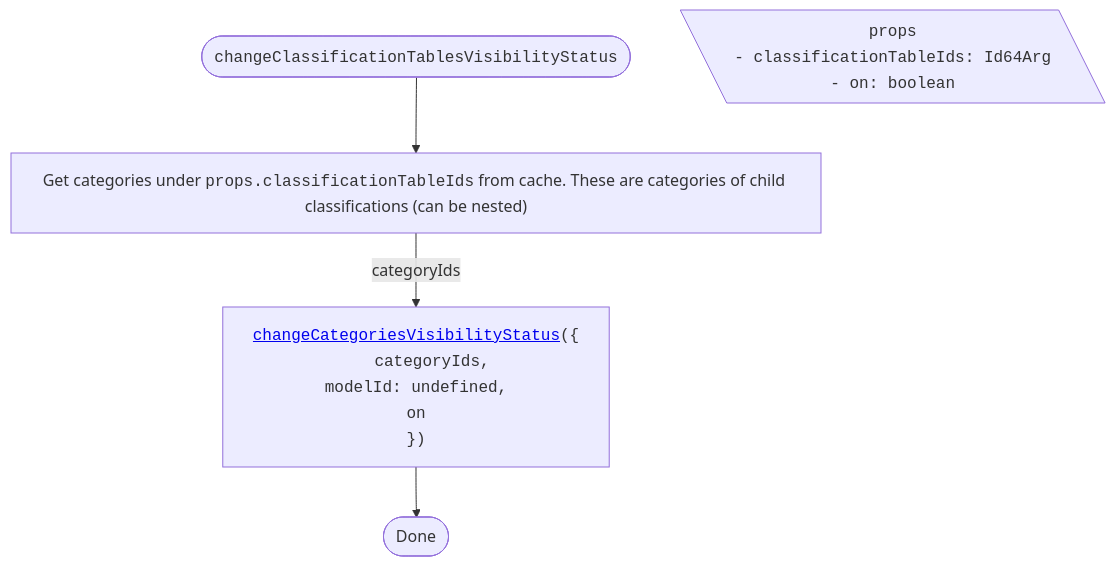
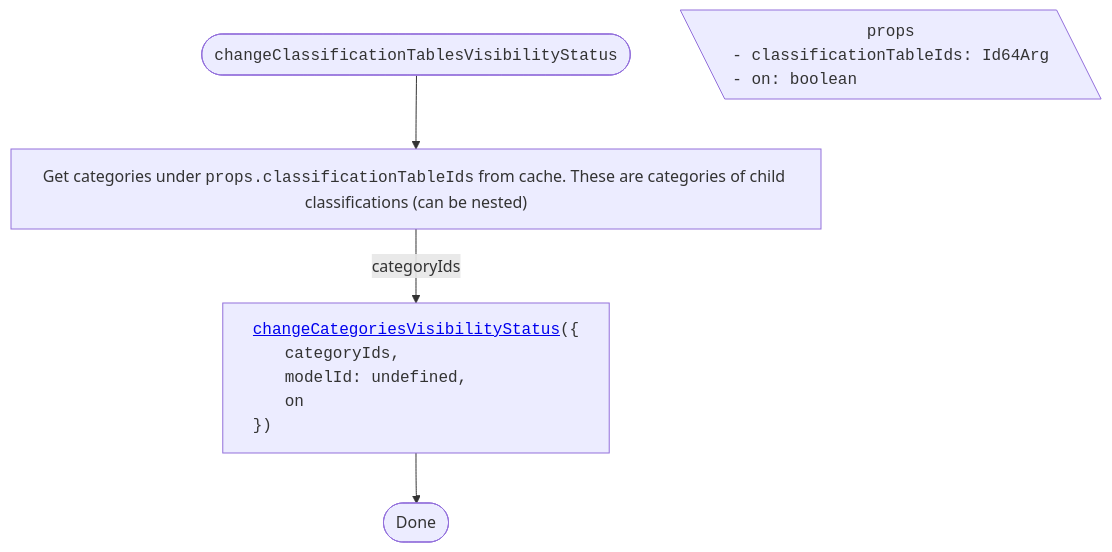
Before and after one commit to iTwin/viewer-components-react: the third of 4 diagrams in packages/itwin/tree-widget/docs/ClassificationsTreeVisibilityHandling.md, drawn with Mermaid. The commit also changed other lines of this file and 3 other files, not shown here.

````diff
--- a/packages/itwin/tree-widget/docs/ClassificationsTreeVisibilityHandling.md
+++ b/packages/itwin/tree-widget/docs/ClassificationsTreeVisibilityHandling.md
@@ -100,26 +100,26 @@
 ```mermaid
 ---
 config:
   flowchart:
     wrappingWidth: 750
     useMaxWidth: false
 ---
 
 flowchart TD
   RESULT_Done([Done])
 
   %% Start
   TITLE(["<code>changeClassificationTablesVisibilityStatus</code>"]) --> A["Get categories under <code>props.classificationTableIds</code> from cache. These are categories of child classifications (can be nested)"]
 
   PROPS[\"
     <code>props</code>
-    <code style='text-align: left;'>- classificationTableIds: Id64Arg<br/>- on: boolean</code>
+    <code style='display: block; text-align: left;'>- classificationTableIds: Id64Arg<br/>- on: boolean</code>
   "\]
 
-  A -- categoryIds --> B["<code style='text-align: left;'><a href='./SharedVisibilityHandling.md#changecategoriesvisibilitystatus'>changeCategoriesVisibilityStatus</a>({
-    <code style='padding-left: 2rem'>categoryIds,
-    modelId: undefined,
-    on</code>
+  A -- categoryIds --> B["<code style='display: block; text-align: left;'><a href='./SharedVisibilityHandling.md#changecategoriesvisibilitystatus'>changeCategoriesVisibilityStatus</a>({
+    <code style='padding-left: 2rem'>categoryIds,</code>
+    <code style='padding-left: 2rem'>modelId: undefined,</code>
+    <code style='padding-left: 2rem'>on</code>
   })</code>"]
   B --> RESULT_Done
 ```
````
